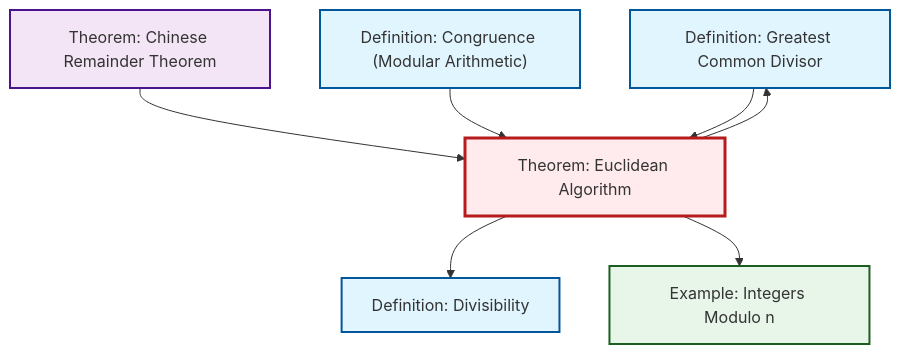
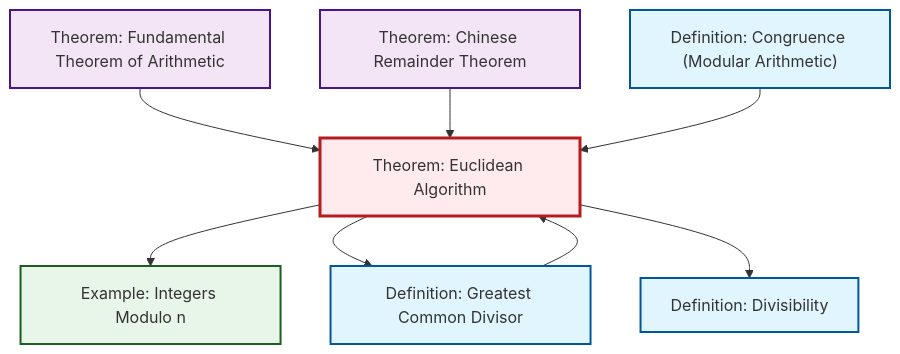
One commit to RK0429/ModernMath changed the second of 2 diagrams in content/en/number-theory/thm-euclidean-algorithm.qmd. Above: the diagram before and after it, drawn with Mermaid. The commit also changed 654 other files, not shown here.

````diff
--- a/content/en/number-theory/thm-euclidean-algorithm.qmd
+++ b/content/en/number-theory/thm-euclidean-algorithm.qmd
@@ -95,27 +95,30 @@
 ```{mermaid}
 %%| fig-cap: "Local dependency graph"
 graph TD
     classDef definition fill:#e1f5fe,stroke:#01579b,stroke-width:2px
     classDef theorem fill:#f3e5f5,stroke:#4a148c,stroke-width:2px
     classDef axiom fill:#fff3e0,stroke:#e65100,stroke-width:2px
     classDef example fill:#e8f5e9,stroke:#1b5e20,stroke-width:2px
     classDef current fill:#ffebee,stroke:#b71c1c,stroke-width:3px
+    thm-chinese-remainder["Theorem: Chinese Remainder Theorem"]:::theorem
+    thm-euclidean-algorithm["Theorem: Euclidean Algorithm"]:::theorem
     def-gcd["Definition: Greatest Common Divisor"]:::definition
+    def-divisibility["Definition: Divisibility"]:::definition
+    thm-fundamental-arithmetic["Theorem: Fundamental Theorem of Arithmetic"]:::theorem
     def-congruence["Definition: Congruence (Modular Arithmetic)"]:::definition
-    def-divisibility["Definition: Divisibility"]:::definition
-    thm-chinese-remainder["Theorem: Chinese Remainder Theorem"]:::theorem
     ex-quotient-integers-mod-n["Example: Integers Modulo n"]:::example
-    thm-euclidean-algorithm["Theorem: Euclidean Algorithm"]:::theorem
-    thm-euclidean-algorithm --> def-divisibility
+    def-gcd --> thm-euclidean-algorithm
+    thm-euclidean-algorithm --> ex-quotient-integers-mod-n
+    thm-euclidean-algorithm --> def-gcd
+    thm-fundamental-arithmetic --> thm-euclidean-algorithm
     thm-chinese-remainder --> thm-euclidean-algorithm
     def-congruence --> thm-euclidean-algorithm
-    def-gcd --> thm-euclidean-algorithm
-    thm-euclidean-algorithm --> def-gcd
-    thm-euclidean-algorithm --> ex-quotient-integers-mod-n
+    thm-euclidean-algorithm --> def-divisibility
     class thm-euclidean-algorithm current
+    click thm-chinese-remainder "thm-chinese-remainder.html" "Go to Chinese Remainder Theorem theorem"
     click def-gcd "def-gcd.html" "Go to Greatest Common Divisor definition"
+    click def-divisibility "def-divisibility.html" "Go to Divisibility definition"
+    click thm-fundamental-arithmetic "thm-fundamental-arithmetic.html" "Go to Fundamental Theorem of Arithmetic theorem"
     click def-congruence "def-congruence.html" "Go to Congruence (Modular Arithmetic) definition"
-    click def-divisibility "def-divisibility.html" "Go to Divisibility definition"
-    click thm-chinese-remainder "thm-chinese-remainder.html" "Go to Chinese Remainder Theorem theorem"
     click ex-quotient-integers-mod-n "ex-quotient-integers-mod-n.html" "Go to Integers Modulo n example"
 ```
````
